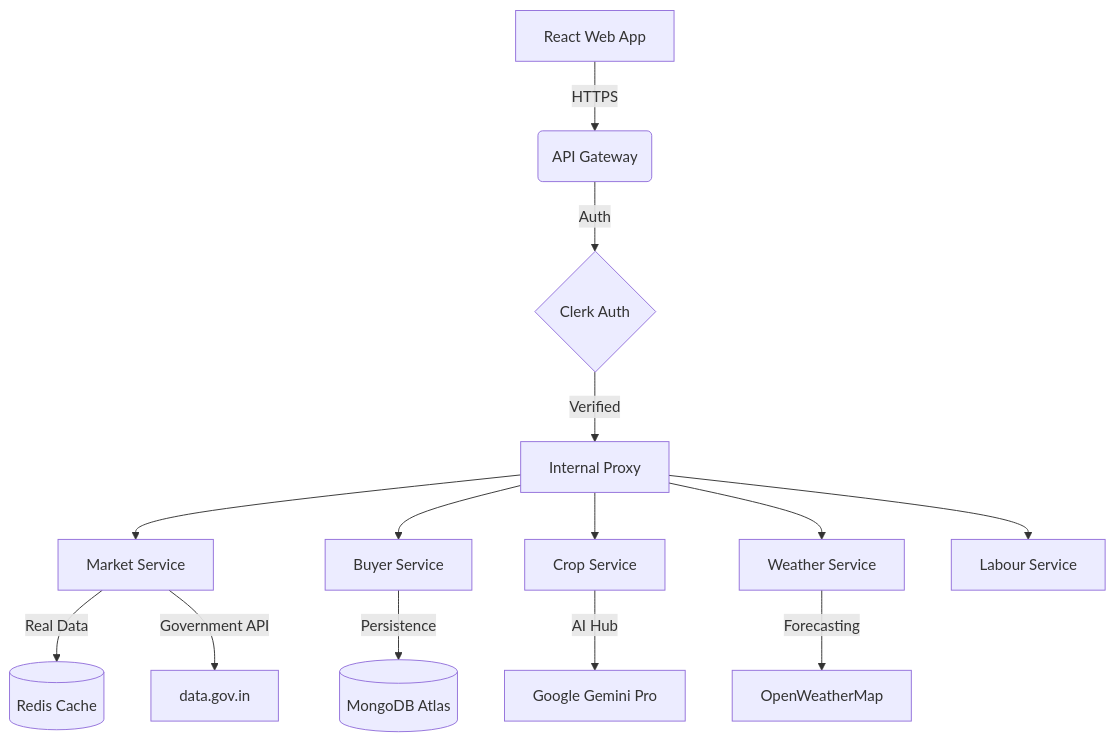
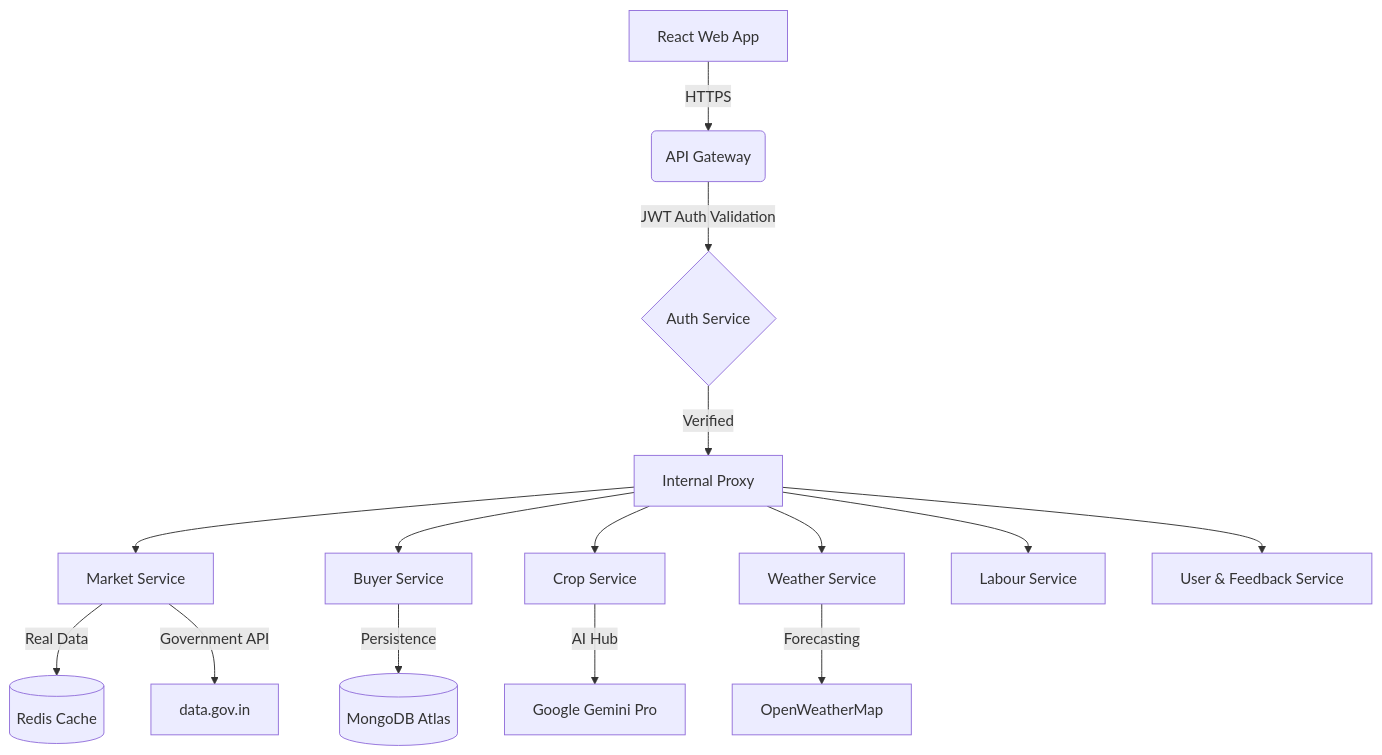
One commit to aku797473/bansalhackk changed the diagram in README.md. Above: the diagram before and after it, drawn with Mermaid. The commit also changed other lines of this file, not shown here.

Commit message:
docs: rewrite README to highlight new premium UI, SaaS auth, and feedback features

````diff
--- a/README.md
+++ b/README.md
@@ -15,18 +36,19 @@
 ```mermaid
 graph TD
     A[React Web App] -->|HTTPS| B(API Gateway)
-    B -->|Auth| C{Clerk Auth}
+    B -->|JWT Auth Validation| C{Auth Service}
     C -->|Verified| D[Internal Proxy]
     
     D --> E[Market Service]
     D --> F[Buyer Service]
     D --> G[Crop Service]
     D --> H[Weather Service]
     D --> I[Labour Service]
+    D --> X[User & Feedback Service]
     
     E -->|Real Data| J[(Redis Cache)]
     E -->|Government API| K[data.gov.in]
     F -->|Persistence| L[(MongoDB Atlas)]
     G -->|AI Hub| M[Google Gemini Pro]
     H -->|Forecasting| N[OpenWeatherMap]
 ```
````
